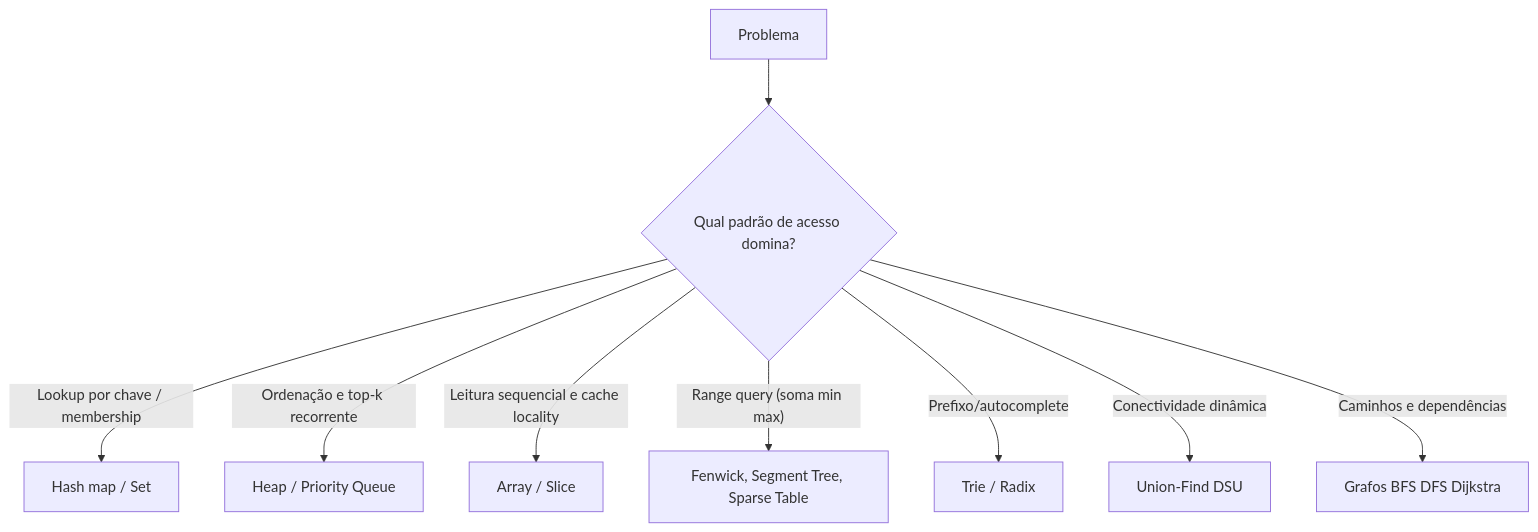
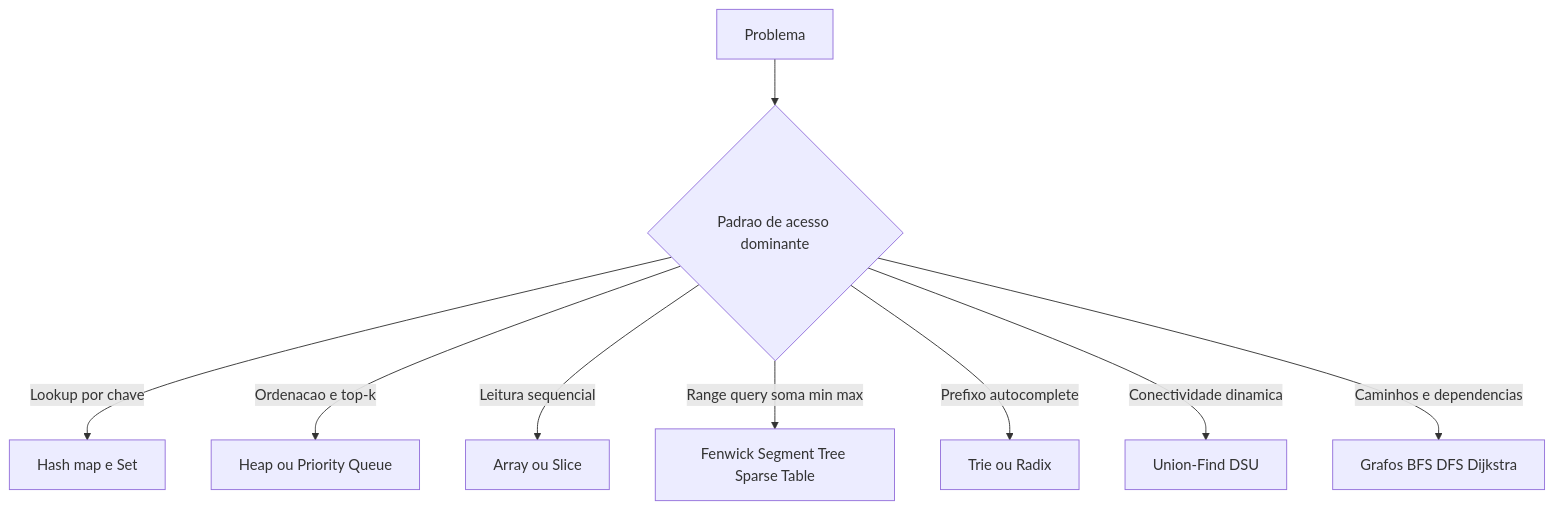
One commit to rafaelluisdacostacoelho/software-engineering-study changed the first of 2 diagrams in book/data-structure/data-structures-algorithms-overview.md. Above: the diagram before and after it, drawn with Mermaid. The commit also changed other lines of this file and 2 other files, not shown here.

Commit message:
Refactor documentation: Improve clarity of Mermaid diagrams in Arrays, Strings, and Stacks & Queues sections by enhancing descriptions and consistency.

````diff
--- a/book/data-structure/data-structures-algorithms-overview.md
+++ b/book/data-structure/data-structures-algorithms-overview.md
@@ -58,11 +58,11 @@
 ```mermaid
 graph TD
-A[Problema] --> B{Qual padrão de acesso domina?}
-B -- Lookup por chave / membership --> C[Hash map / Set]
-B -- Ordenação e top-k recorrente --> D[Heap / Priority Queue]
-B -- Leitura sequencial e cache locality --> E[Array / Slice]
-B -- Range query (soma min max) --> F[Fenwick, Segment Tree, Sparse Table]
-B -- Prefixo/autocomplete --> G[Trie / Radix]
-B -- Conectividade dinâmica --> H[Union-Find DSU]
-B -- Caminhos e dependências --> I[Grafos BFS DFS Dijkstra]
+A[Problema] --> B{Padrao de acesso dominante}
+B -- Lookup por chave --> C[Hash map e Set]
+B -- Ordenacao e top-k --> D[Heap ou Priority Queue]
+B -- Leitura sequencial --> E[Array ou Slice]
+B -- Range query soma min max --> F[Fenwick Segment Tree Sparse Table]
+B -- Prefixo autocomplete --> G[Trie ou Radix]
+B -- Conectividade dinamica --> H[Union-Find DSU]
+B -- Caminhos e dependencias --> I[Grafos BFS DFS Dijkstra]
 ```
````
